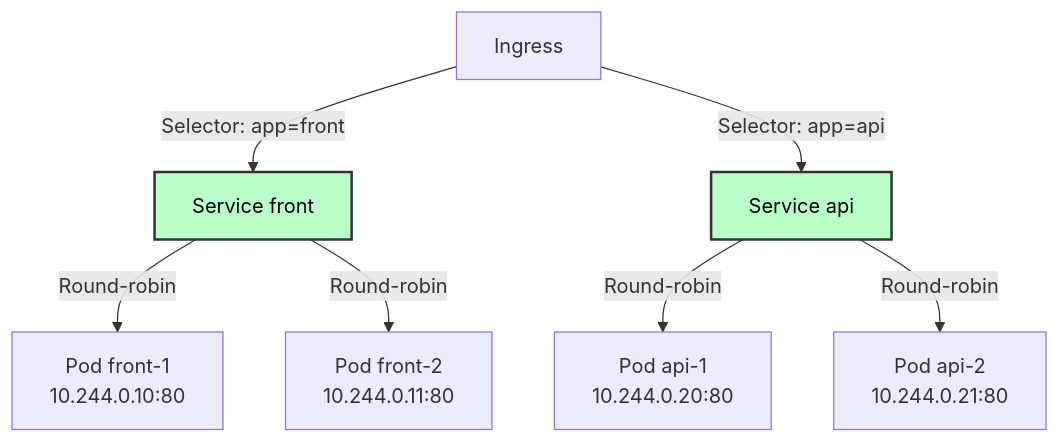
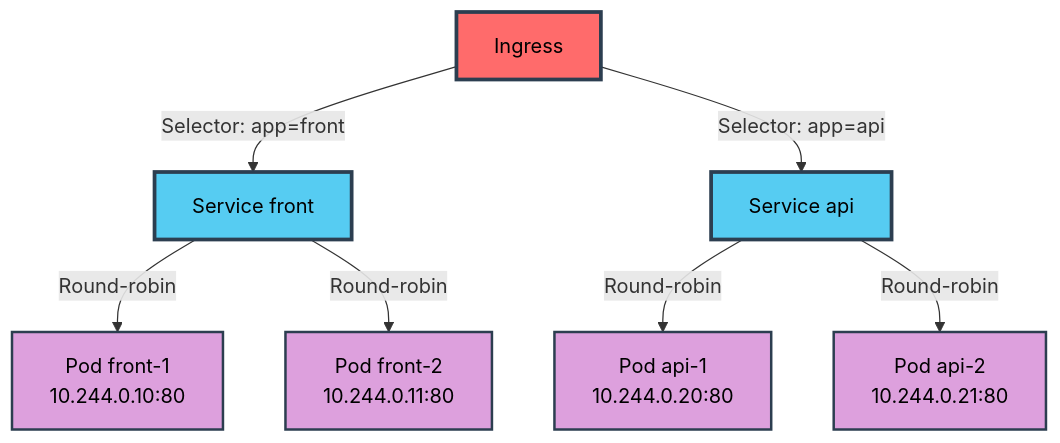
The fifth of 9 diagrams in docs/ARCHITECTURE.md (MPFabio/S4-Ingress-TLS-Config-Secrets), drawn with Mermaid before and after one commit. The commit also changed other lines of this file, not shown here.

Commit message:
Modernisation diagrammes - Couleurs vibrantes + fix parsing Mermaid

````diff
--- a/docs/ARCHITECTURE.md
+++ b/docs/ARCHITECTURE.md
@@ -125,14 +136,19 @@
 ```mermaid
 flowchart TB
     Ingress[Ingress] -->|Selector: app=front| SvcFront[Service front]
     Ingress -->|Selector: app=api| SvcApi[Service api]
     
     SvcFront -->|Round-robin| P1[Pod front-1<br/>10.244.0.10:80]
     SvcFront -->|Round-robin| P2[Pod front-2<br/>10.244.0.11:80]
     
     SvcApi -->|Round-robin| P3[Pod api-1<br/>10.244.0.20:80]
     SvcApi -->|Round-robin| P4[Pod api-2<br/>10.244.0.21:80]
     
-    style SvcFront fill:#baffc9,stroke:#333,stroke-width:2px,color:#000
-    style SvcApi fill:#baffc9,stroke:#333,stroke-width:2px,color:#000
+    style SvcFront fill:#56CCF2,stroke:#2C3E50,stroke-width:3px,color:#000
+    style SvcApi fill:#56CCF2,stroke:#2C3E50,stroke-width:3px,color:#000
+    style Ingress fill:#FF6B6B,stroke:#2C3E50,stroke-width:3px,color:#000
+    style P1 fill:#DDA0DD,stroke:#2C3E50,stroke-width:2px,color:#000
+    style P2 fill:#DDA0DD,stroke:#2C3E50,stroke-width:2px,color:#000
+    style P3 fill:#DDA0DD,stroke:#2C3E50,stroke-width:2px,color:#000
+    style P4 fill:#DDA0DD,stroke:#2C3E50,stroke-width:2px,color:#000
 ```
````
